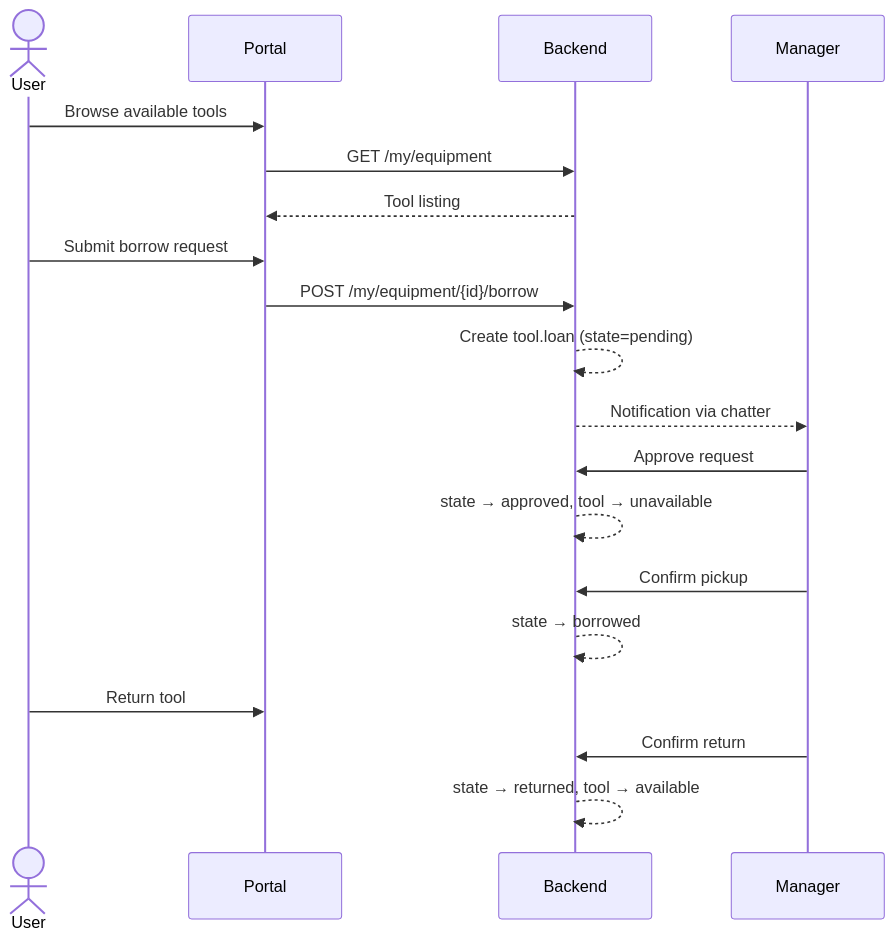
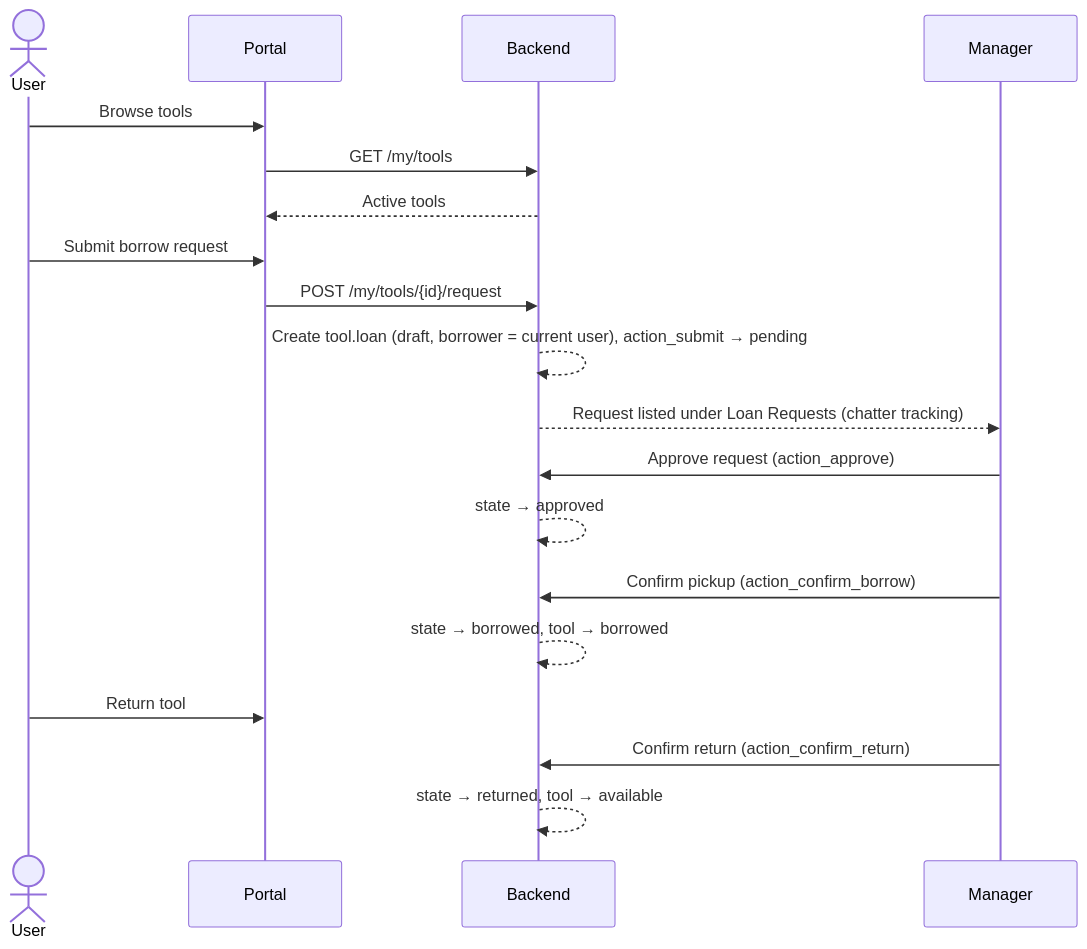
Before and after one commit to WOOWTECH/Odoo_tool-device_borrow: the third of 3 diagrams in README.md, drawn with Mermaid. The commit also changed other lines of this file and 20 other files, not shown here.

````diff
--- a/README.md
+++ b/README.md
@@ -168,22 +173,22 @@
 ```mermaid
 sequenceDiagram
     actor User
     participant Portal
     participant Backend
     participant Manager
 
-    User->>Portal: Browse available tools
-    Portal->>Backend: GET /my/equipment
-    Backend-->>Portal: Tool listing
+    User->>Portal: Browse tools
+    Portal->>Backend: GET /my/tools
+    Backend-->>Portal: Active tools
     User->>Portal: Submit borrow request
-    Portal->>Backend: POST /my/equipment/{id}/borrow
-    Backend-->>Backend: Create tool.loan (state=pending)
-    Backend-->>Manager: Notification via chatter
-    Manager->>Backend: Approve request
-    Backend-->>Backend: state → approved, tool → unavailable
-    Manager->>Backend: Confirm pickup
-    Backend-->>Backend: state → borrowed
+    Portal->>Backend: POST /my/tools/{id}/request
+    Backend-->>Backend: Create tool.loan (draft, borrower = current user), action_submit → pending
+    Backend-->>Manager: Request listed under Loan Requests (chatter tracking)
+    Manager->>Backend: Approve request (action_approve)
+    Backend-->>Backend: state → approved
+    Manager->>Backend: Confirm pickup (action_confirm_borrow)
+    Backend-->>Backend: state → borrowed, tool → borrowed
     User->>Portal: Return tool
-    Manager->>Backend: Confirm return
+    Manager->>Backend: Confirm return (action_confirm_return)
     Backend-->>Backend: state → returned, tool → available
 ```
````
